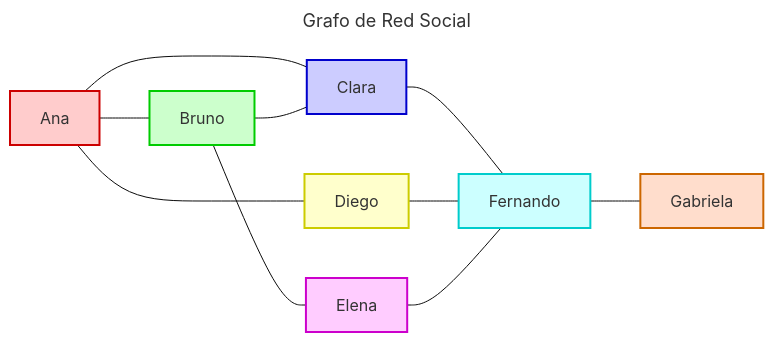
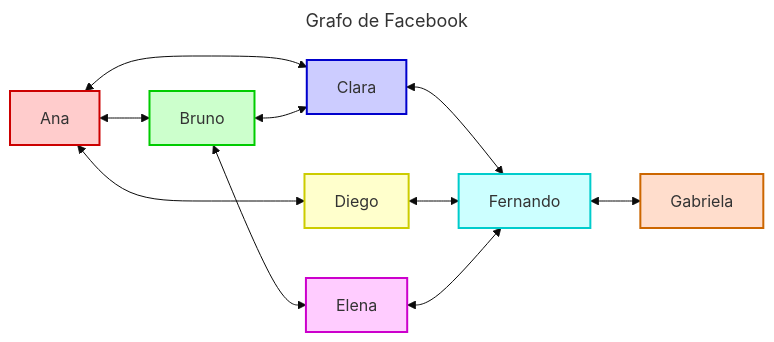
One commit to untref-edd/apuntes changed the diagram in contenidos/3-recuperacion-de-la-informacion/3-8-redes-sociales.md. Above: the diagram before and after it, drawn with Mermaid (base theme). The commit also changed other lines of this file and 15 other files, not shown here.

````diff
--- a/contenidos/3-recuperacion-de-la-informacion/3-8-redes-sociales.md
+++ b/contenidos/3-recuperacion-de-la-informacion/3-8-redes-sociales.md
@@ -137,24 +135,32 @@
 ```{mermaid}
 ---
-name: red_social_grafo
-title: Grafo de Red Social
+name: grafo-facebook
+title: Grafo de Facebook
 ---
 graph LR
-    A[Ana] --- B[Bruno]
-    A --- C[Clara]
-    A --- D[Diego]
-    B --- C
-    B --- E[Elena]
-    C --- F[Fernando]
-    D --- F
-    E --- F
-    F --- G[Gabriela]
+    A[Ana]
+    B[Bruno]
+    C[Clara]
+    D[Diego]
+    E[Elena]
+    F[Fernando]
+    G[Gabriela]
+    
+    A <--> B
+    A <--> C
+    A <--> D
+    B <--> C
+    B <--> E
+    C <--> F
+    D <--> F
+    E <--> F
+    F <--> G
     
     style A fill:#ffcccc,stroke:#cc0000,stroke-width:2px
     style B fill:#ccffcc,stroke:#00cc00,stroke-width:2px
     style C fill:#ccccff,stroke:#0000cc,stroke-width:2px
     style D fill:#ffffcc,stroke:#cccc00,stroke-width:2px
     style E fill:#ffccff,stroke:#cc00cc,stroke-width:2px
     style F fill:#ccffff,stroke:#00cccc,stroke-width:2px
     style G fill:#ffddcc,stroke:#cc6600,stroke-width:2px
 ```
````
